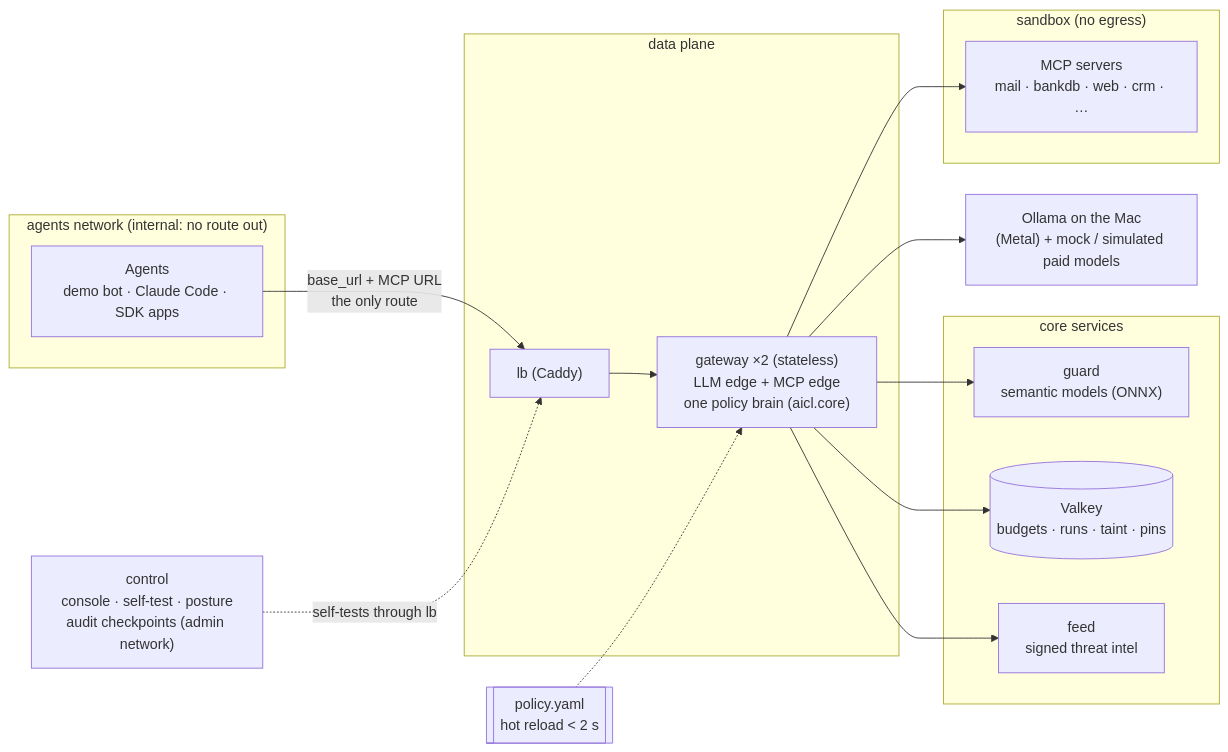
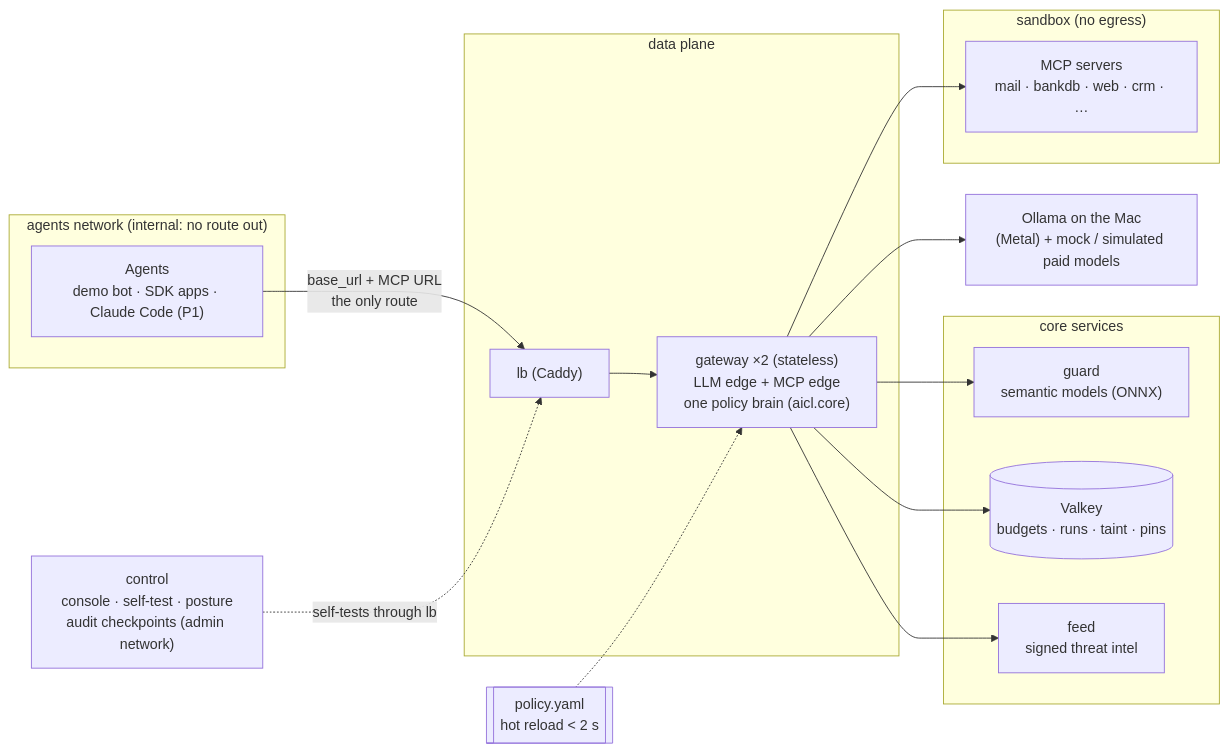
The diagram in README.md (damianlech/HackYeah26), drawn with Mermaid before and after one commit. The commit also changed other lines of this file and 21 other files, not shown here.

````diff
--- a/README.md
+++ b/README.md
@@ -38,27 +39,27 @@
 ```mermaid
 flowchart LR
   subgraph AGN["agents network (internal: no route out)"]
-    AG["Agents<br/>demo bot · Claude Code · SDK apps"]
+    AG["Agents<br/>demo bot · SDK apps · Claude Code (P1)"]
   end
   subgraph DP["data plane"]
     LB["lb (Caddy)"]
     GW["gateway ×2 (stateless)<br/>LLM edge + MCP edge<br/>one policy brain (aicl.core)"]
   end
   subgraph CORE["core services"]
     GD["guard<br/>semantic models (ONNX)"]
     VK[("Valkey<br/>budgets · runs · taint · pins")]
     FD["feed<br/>signed threat intel"]
   end
   subgraph SBX["sandbox (no egress)"]
     MCP["MCP servers<br/>mail · bankdb · web · crm · …"]
   end
   CT["control<br/>console · self-test · posture<br/>audit checkpoints (admin network)"]
   OL["Ollama on the Mac<br/>(Metal) + mock / simulated paid models"]
   POL[["policy.yaml<br/>hot reload &lt; 2 s"]]
   AG -->|"base_url + MCP URL<br/>the only route"| LB --> GW
   GW --> GD & VK & FD
   GW --> MCP
   GW --> OL
   POL -.-> GW
   CT -.->|"self-tests through lb"| LB
 ```
````
